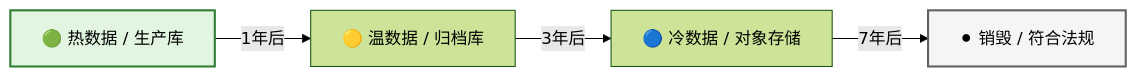
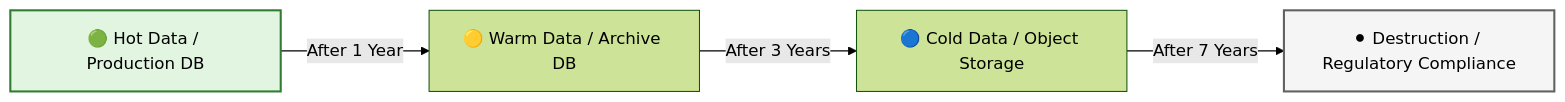
The eighth of 11 diagrams in templates/产品/技术层/【模板】数据库设计文档规范.md (Kirky-X/cangjie), drawn with Mermaid (forest theme) before and after one commit. The commit also changed other lines of this file and 46 other files, not shown here.

````diff
--- a/templates/产品/技术层/【模板】数据库设计文档规范.md
+++ b/templates/产品/技术层/【模板】数据库设计文档规范.md
@@ -531,9 +531,9 @@
 ```mermaid
 flowchart LR
-    A[🟢 热数据 / 生产库] -->|1年后| B[🟡 温数据 / 归档库]
-    B -->|3年后| C[🔵 冷数据 / 对象存储]
-    C -->|7年后| D[⚫ 销毁 / 符合法规]
+    A[🟢 Hot Data / Production DB] -->|After 1 Year| B[🟡 Warm Data / Archive DB]
+    B -->|After 3 Years| C[🔵 Cold Data / Object Storage]
+    C -->|After 7 Years| D[⚫ Destruction / Regulatory Compliance]
 
     style A fill:#e1f5e1,stroke:#2e7d32,stroke-width:2px
     style D fill:#f5f5f5,stroke:#616161,stroke-width:2px
 ```
````
